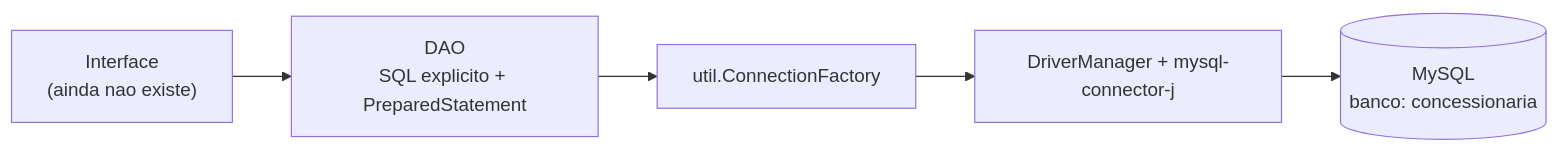
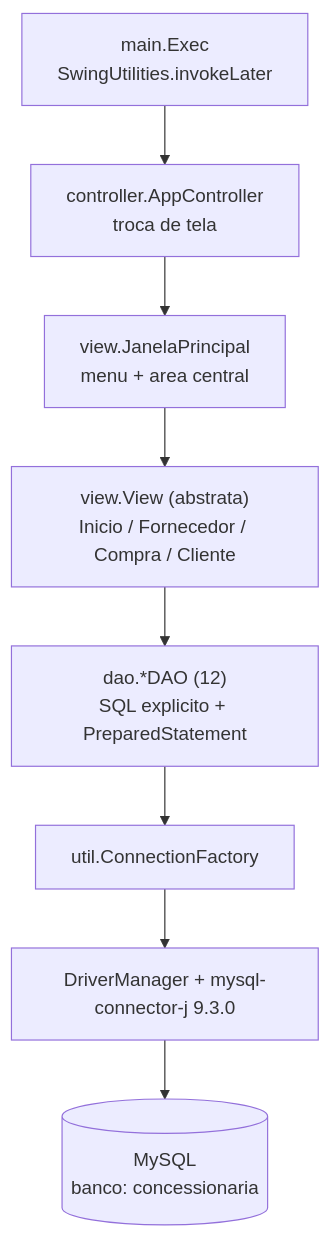
One commit to GabrielNFR/ConcessionariaBD changed the first of 2 diagrams in README.md. Above: the diagram before and after it, drawn with Mermaid. The commit also changed other lines of this file, not shown here.

Commit message:
atualiza readme com detalhes da interface Swing, telas implementadas e problemas comuns

````diff
--- a/README.md
+++ b/README.md
@@ -26,10 +28,14 @@
 ```mermaid
-flowchart LR
-    UI["Interface<br/>(ainda nao existe)"]
-    DAO["DAO<br/>SQL explicito + PreparedStatement"]
+flowchart TD
+    EXEC["main.Exec<br/>SwingUtilities.invokeLater"]
+    CTRL["controller.AppController<br/>troca de tela"]
+    WIN["view.JanelaPrincipal<br/>menu + area central"]
+    VIEW["view.View (abstrata)<br/>Inicio / Fornecedor / Compra / Cliente"]
+    DAO["dao.*DAO (12)<br/>SQL explicito + PreparedStatement"]
     CF["util.ConnectionFactory"]
-    DJ["DriverManager + mysql-connector-j"]
+    DJ["DriverManager + mysql-connector-j 9.3.0"]
     DB[("MySQL<br/>banco: concessionaria")]
 
-    UI --> DAO --> CF --> DJ --> DB
+    EXEC --> CTRL --> WIN --> VIEW
+    VIEW --> DAO --> CF --> DJ --> DB
 ```
````
